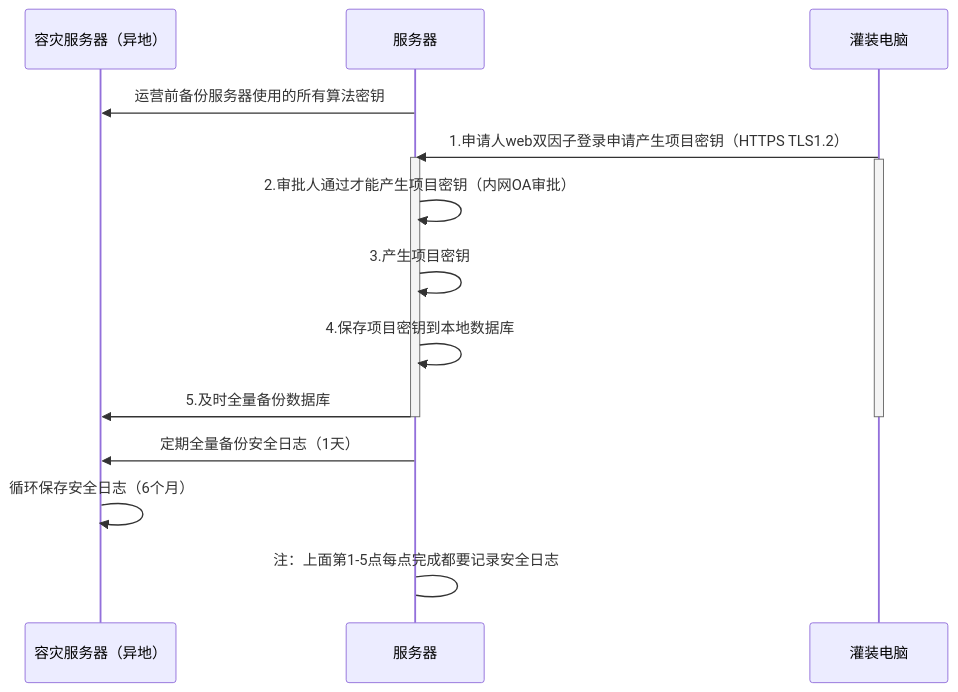
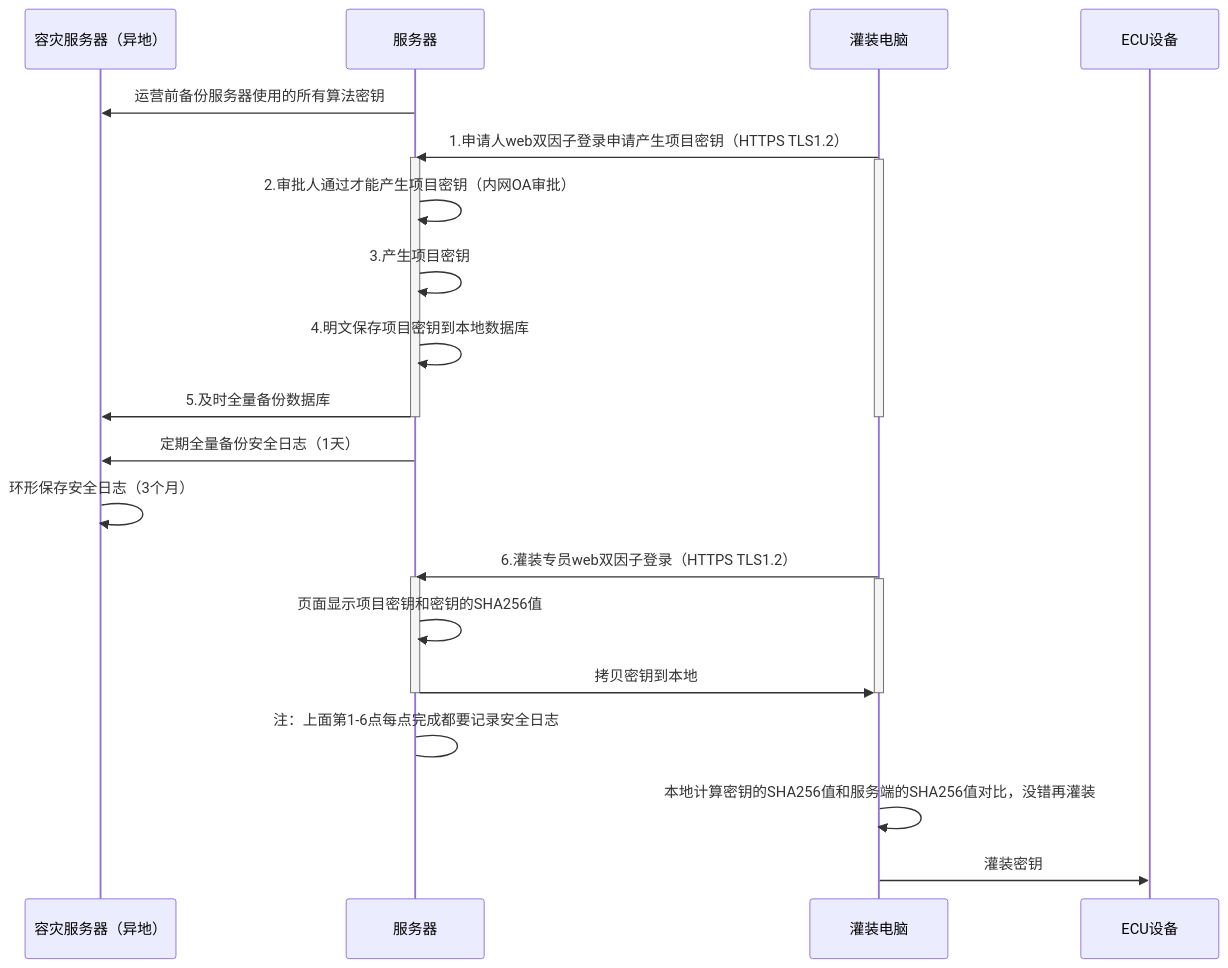
The diagram in all/未命名-23.md (facebook-cloud/iodraw-files), drawn with Mermaid before and after one commit.

Commit message:
2026-04-15 17:05:55 update

````diff
--- a/all/未命名-23.md
+++ b/all/未命名-23.md
@@ -1,26 +1,35 @@
 ```mermaid
 sequenceDiagram
     participant A as 容灾服务器（异地）
     participant B as 服务器
     participant D as 灌装电脑
+    participant E as ECU设备
 
     B->>A: 运营前备份服务器使用的所有算法密钥
     D->>B: 1.申请人web双因子登录申请产生项目密钥（HTTPS TLS1.2）
     activate B
     activate D
     B->>B: 2.审批人通过才能产生项目密钥（内网OA审批）
     B->>B: 3.产生项目密钥
-    B->>B: 4.保存项目密钥到本地数据库
+    B->>B: 4.明文保存项目密钥到本地数据库
     B->>A: 5.及时全量备份数据库
 
     deactivate B
     deactivate D
 
     B->>A: 定期全量备份安全日志（1天）
-    A->>A: 循环保存安全日志（6个月）
+    A->>A: 环形保存安全日志（3个月）
     
-    B->B: 注：上面第1-5点每点完成都要记录安全日志
+    D->>B: 6.灌装专员web双因子登录（HTTPS TLS1.2）
+    activate B
+    activate D
+    B->>B: 页面显示项目密钥和密钥的SHA256值
+    B->>D: 拷贝密钥到本地
+    deactivate B
+    deactivate D
+    B->B: 注：上面第1-6点每点完成都要记录安全日志
 
+    D->>D:本地计算密钥的SHA256值和服务端的SHA256值对比，没错再灌装
     
-
+    D->>E: 灌装密钥
 ```
````
